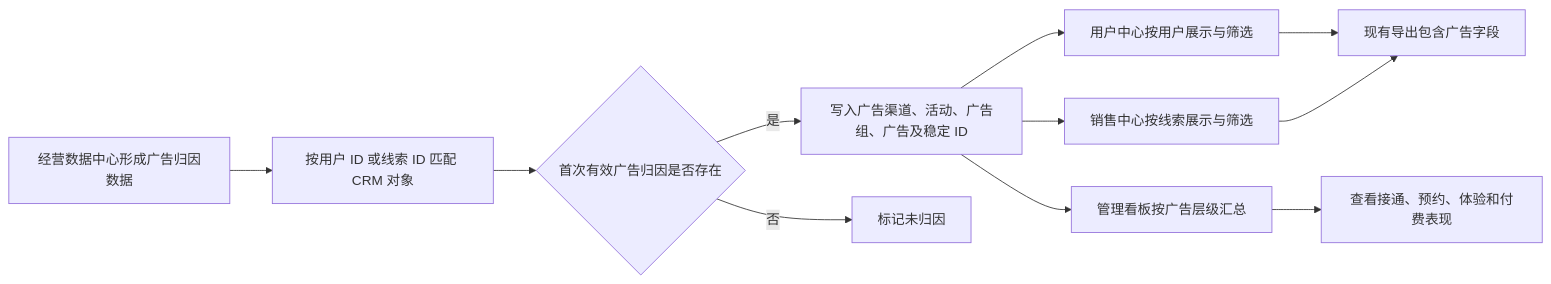
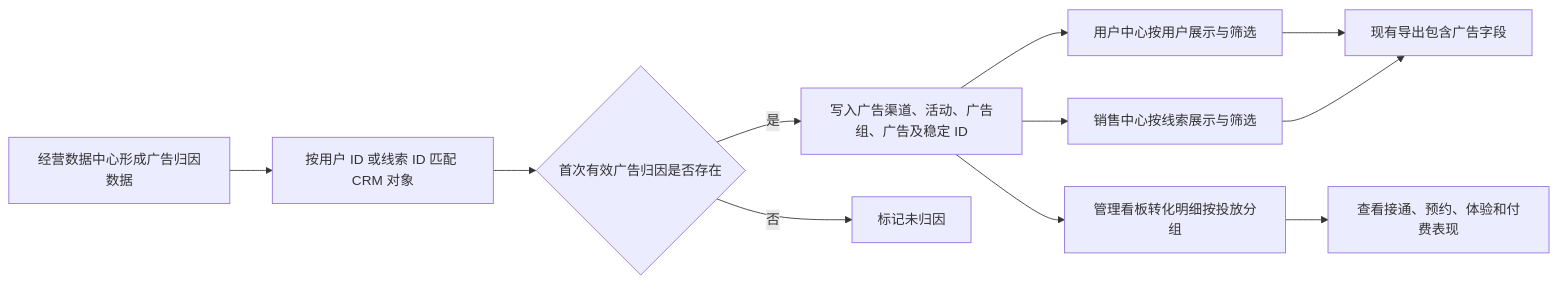
The first of 2 diagrams in projects/crm-lead-quality-analysis/prd/PRD.md (h3-ai-lab/hhhprd), drawn with Mermaid before and after one commit. The commit also changed other lines of this file and 5 other files, not shown here.

````diff
--- a/projects/crm-lead-quality-analysis/prd/PRD.md
+++ b/projects/crm-lead-quality-analysis/prd/PRD.md
@@ -42,13 +42,13 @@
 ```mermaid
 flowchart LR
     A[经营数据中心形成广告归因数据] --> B[按用户 ID 或线索 ID 匹配 CRM 对象]
     B --> C{首次有效广告归因是否存在}
     C -->|是| D[写入广告渠道、活动、广告组、广告及稳定 ID]
     C -->|否| E[标记未归因]
     D --> F[用户中心按用户展示与筛选]
     D --> G[销售中心按线索展示与筛选]
-    D --> H[管理看板按广告层级汇总]
+    D --> H[管理看板转化明细按投放分组]
     F --> I[现有导出包含广告字段]
     G --> I
     H --> J[查看接通、预约、体验和付费表现]
 ```
````
